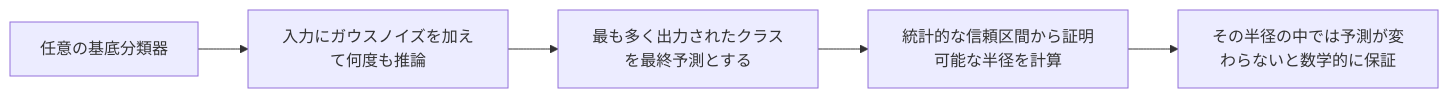
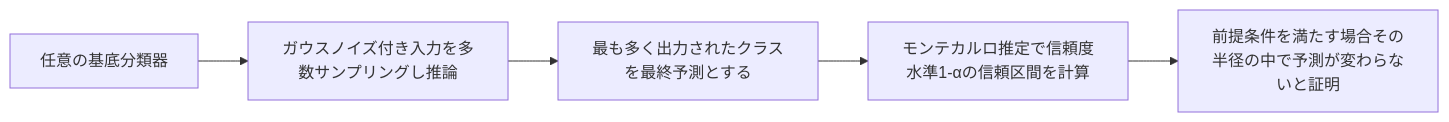
Before and after one commit to myoshi2891/Comparison-of-LLMs: the eighth of 12 diagrams in Adversarial-robustness-for-machine-learning-guide.md, drawn with Mermaid. The commit also changed other lines of this file, not shown here.

````diff
--- a/Adversarial-robustness-for-machine-learning-guide.md
+++ b/Adversarial-robustness-for-machine-learning-guide.md
@@ -288,7 +288,7 @@
 ```mermaid
 flowchart LR
-    A[任意の基底分類器] --> B[入力にガウスノイズを加えて何度も推論]
+    A[任意の基底分類器] --> B[ガウスノイズ付き入力を多数サンプリングし推論]
     B --> C[最も多く出力されたクラスを最終予測とする]
-    C --> D[統計的な信頼区間から証明可能な半径を計算]
-    D --> E[その半径の中では予測が変わらないと数学的に保証]
+    C --> D[モンテカルロ推定で信頼度水準1-αの信頼区間を計算]
+    D --> E[前提条件を満たす場合その半径の中で予測が変わらないと証明]
 ```
````
